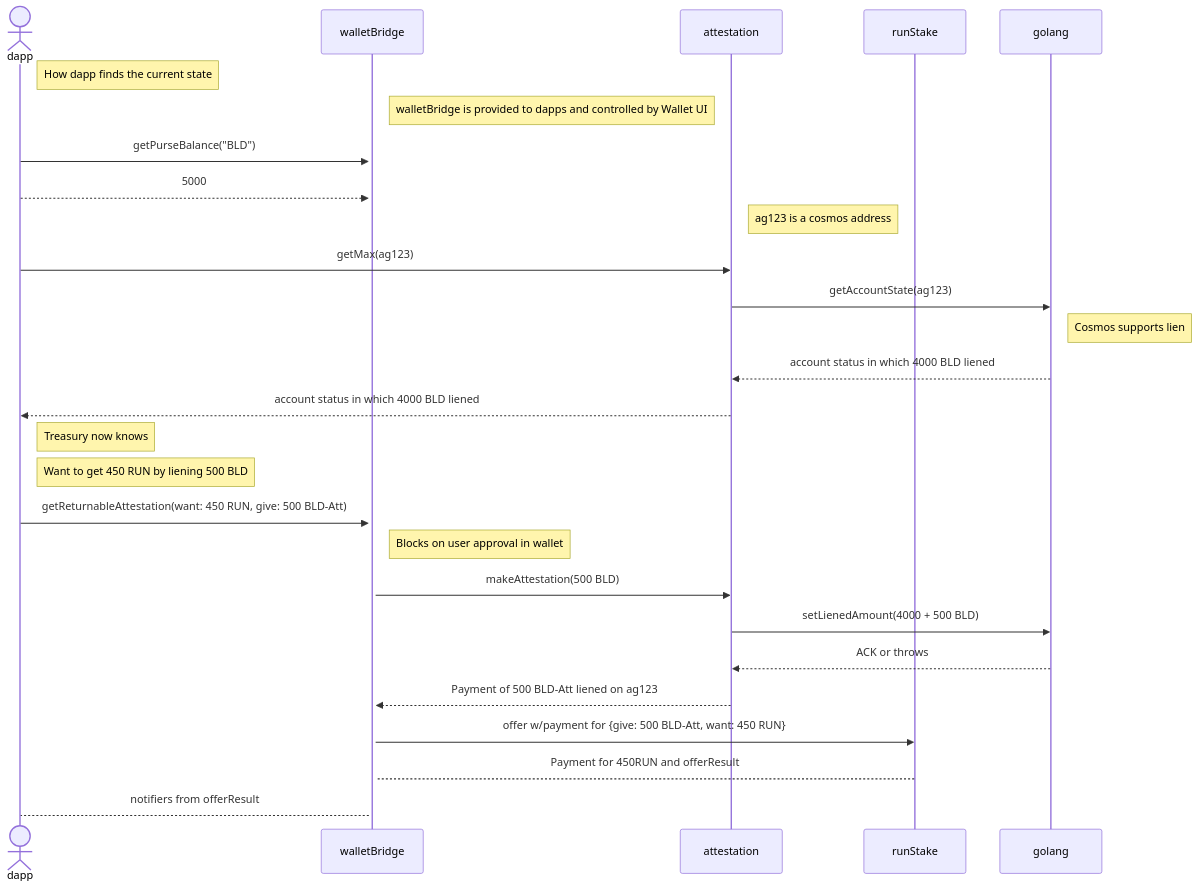
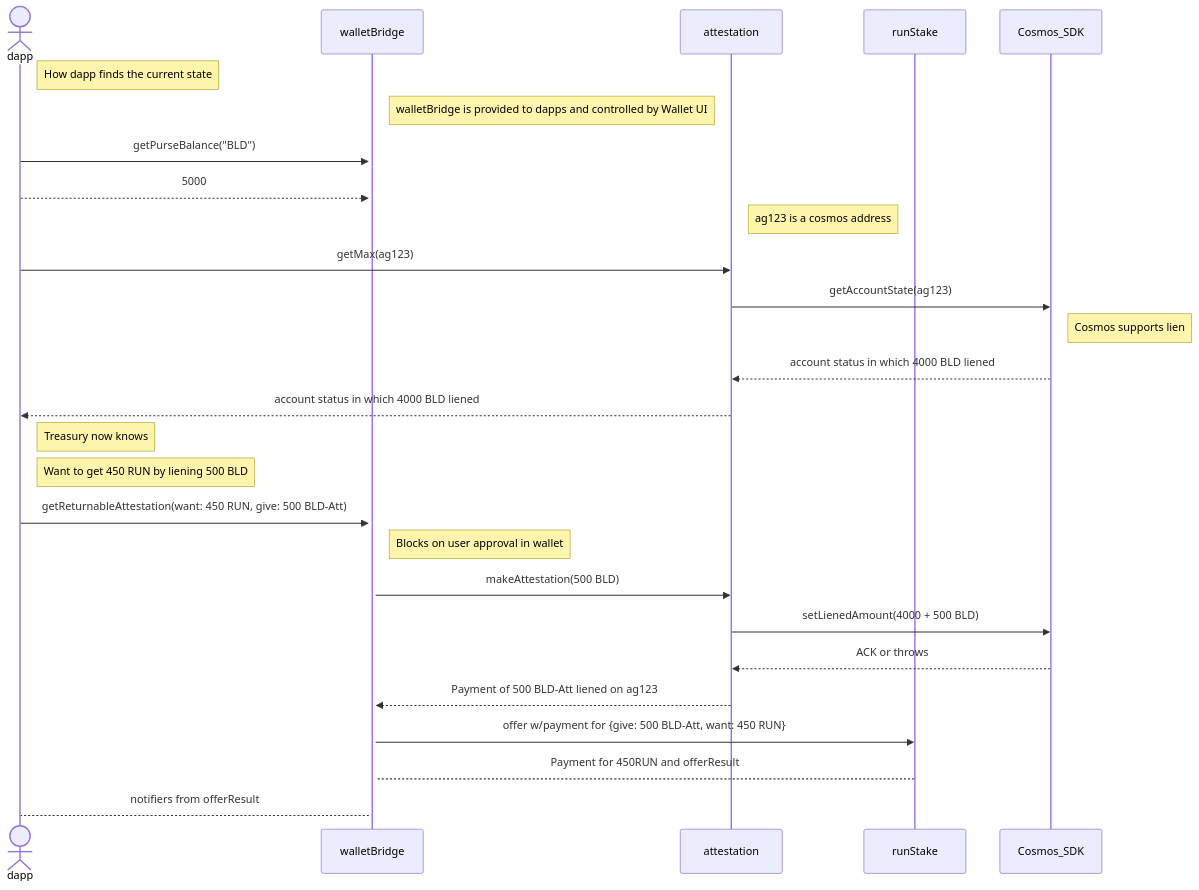
One commit to Agoric/agoric-sdk changed the diagram in packages/run-protocol/src/runStake/README.md. Above: the diagram before and after it, drawn with Mermaid. The commit also changed other lines of this file, not shown here.

Commit message:
docs(runStake): golang -> Cosmos_SDK

````diff
--- a/packages/run-protocol/src/runStake/README.md
+++ b/packages/run-protocol/src/runStake/README.md
@@ -17,36 +17,36 @@
 ```mermaid
 sequenceDiagram
     actor dapp
     participant walletBridge
     participant attestation
     participant runStake
-    participant golang
+    participant Cosmos_SDK
 
     note right of dapp: How dapp finds the current state
 
     note right of walletBridge: walletBridge is provided to dapps and controlled by Wallet UI
     dapp ->>+ walletBridge: getPurseBalance("BLD")
     dapp -->> walletBridge: 5000
 
     note right of attestation: ag123 is a cosmos address
     dapp ->> attestation: getMax(ag123)
-    attestation ->> golang: getAccountState(ag123)
-    note right of golang: Cosmos supports lien
-    golang -->> attestation: account status in which 4000 BLD liened
+    attestation ->> Cosmos_SDK: getAccountState(ag123)
+    note right of Cosmos_SDK: Cosmos supports lien
+    Cosmos_SDK -->> attestation: account status in which 4000 BLD liened
     attestation  -->> dapp: account status in which 4000 BLD liened
     note right of dapp: Treasury now knows
 
     note right of dapp: Want to get 450 RUN by liening 500 BLD
     dapp ->> walletBridge: getReturnableAttestation(want: 450 RUN, give: 500 BLD-Att)
     note right of walletBridge: Blocks on user approval in wallet
     walletBridge ->> attestation: makeAttestation(500 BLD)
-    attestation ->> golang: setLienedAmount(4000 + 500 BLD)
-    golang -->> attestation: ACK or throws
+    attestation ->> Cosmos_SDK: setLienedAmount(4000 + 500 BLD)
+    Cosmos_SDK -->> attestation: ACK or throws
 
     attestation -->> walletBridge: Payment of 500 BLD-Att liened on ag123
 
     walletBridge ->> runStake: offer w/payment for {give: 500 BLD-Att, want: 450 RUN} 
 
     runStake --> walletBridge: Payment for 450RUN and offerResult
     walletBridge --> dapp: notifiers from offerResult
 ```
````
